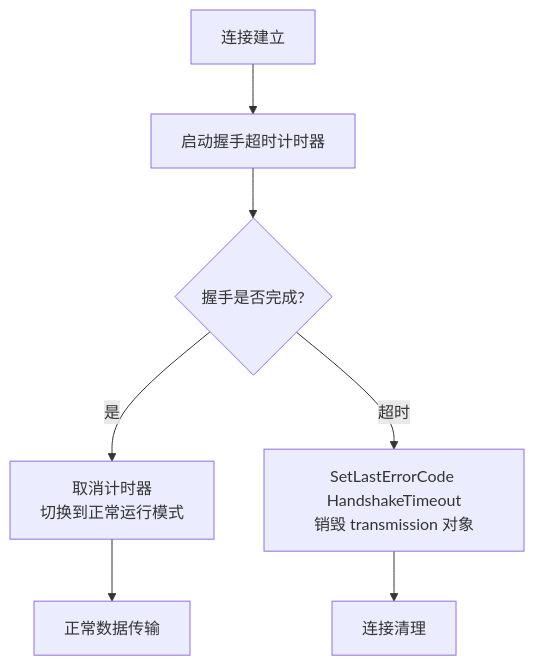
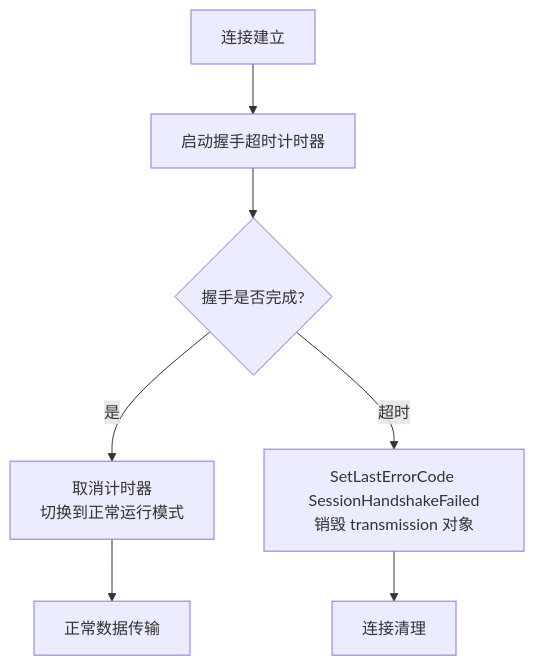
Before and after one commit to HyacinthHaru/openppp2: the eighth of 10 diagrams in docs/TRANSMISSION_CN.md, drawn with Mermaid. The commit also changed other lines of this file and 80 other files, not shown here.

````diff
--- a/docs/TRANSMISSION_CN.md
+++ b/docs/TRANSMISSION_CN.md
@@ -459,9 +459,9 @@
 ```mermaid
 flowchart TD
     A[连接建立] --> B[启动握手超时计时器]
     B --> C{握手是否完成?}
     C -->|是| D[取消计时器\n切换到正常运行模式]
-    C -->|超时| E[SetLastErrorCode HandshakeTimeout\n销毁 transmission 对象]
+    C -->|超时| E[SetLastErrorCode SessionHandshakeFailed\n销毁 transmission 对象]
     D --> F[正常数据传输]
     E --> G[连接清理]
 ```
````
